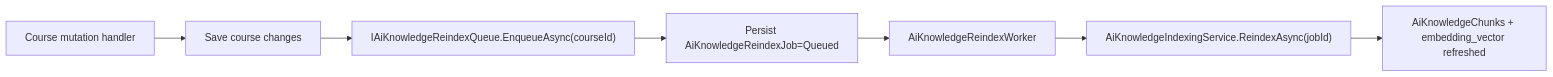
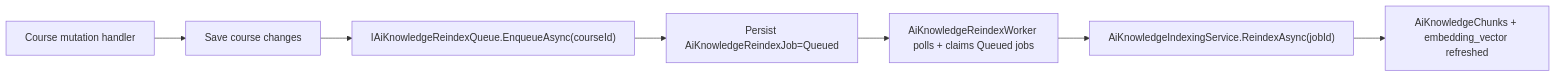
One commit to caiquangtung/ELearning changed the sixth of 7 diagrams in docs/ai-architecture.md. Above: the diagram before and after it, drawn with Mermaid. The commit also changed other lines of this file and 40 other files, not shown here.

````diff
--- a/docs/ai-architecture.md
+++ b/docs/ai-architecture.md
@@ -293,9 +323,9 @@
 ```mermaid
 flowchart LR
     Mutation["Course mutation handler"] --> Save["Save course changes"]
     Save --> Queue["IAiKnowledgeReindexQueue.EnqueueAsync(courseId)"]
     Queue --> Job["Persist AiKnowledgeReindexJob=Queued"]
-    Job --> Worker["AiKnowledgeReindexWorker"]
+    Job --> Worker["AiKnowledgeReindexWorker polls + claims Queued jobs"]
     Worker --> Indexer["AiKnowledgeIndexingService.ReindexAsync(jobId)"]
     Indexer --> Chunks["AiKnowledgeChunks + embedding_vector refreshed"]
 ```
````
